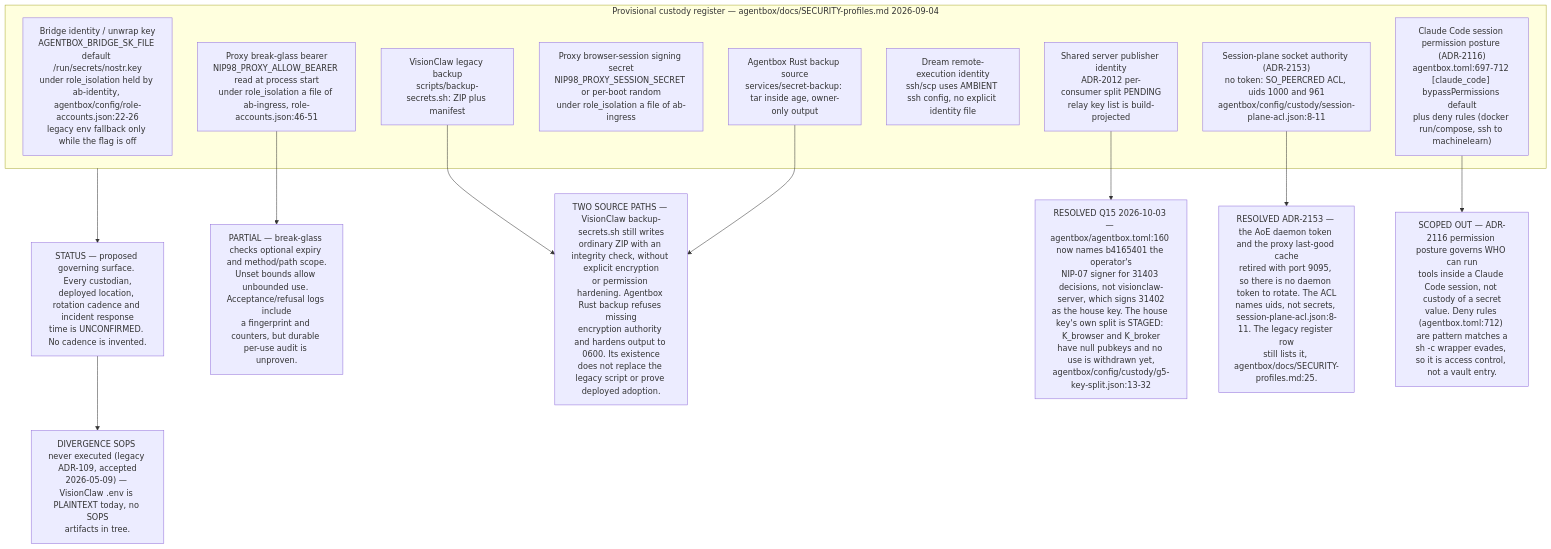
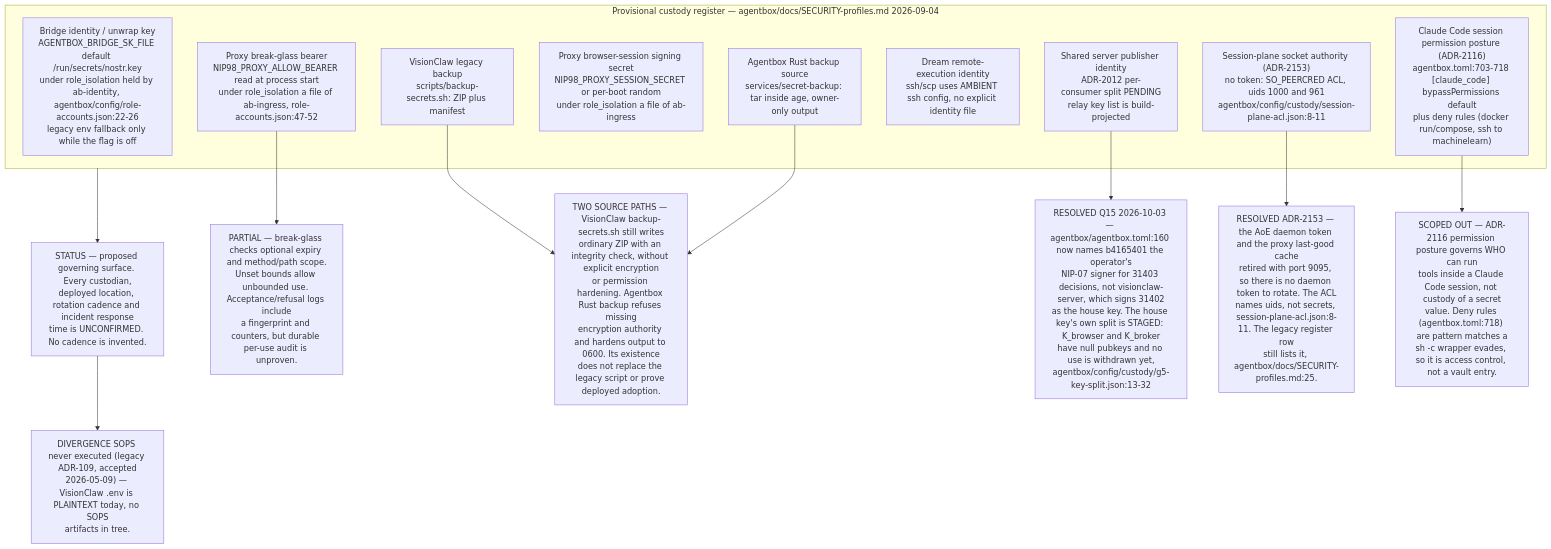
One commit to DreamLab-AI/VisionFlow changed the ninth of 11 diagrams in docs/diagrams/estate/10-deployment-and-security-profiles.md. Above: the diagram before and after it, drawn with Mermaid. The commit also changed other lines of this file and 49 other files, not shown here.

First line of the commit message:
docs(diagrams): re-derive and re-stamp VisionClaw, estate, knowledge-graph, visionGraph, VisionFlow and sidestr topics

````diff
--- a/docs/diagrams/estate/10-deployment-and-security-profiles.md
+++ b/docs/diagrams/estate/10-deployment-and-security-profiles.md
@@ -372,30 +372,30 @@
 ```mermaid
 flowchart TB
     subgraph reg["Provisional custody register — agentbox/docs/SECURITY-profiles.md 2026-09-04"]
         C1["Bridge identity / unwrap key<br/>AGENTBOX_BRIDGE_SK_FILE default /run/secrets/nostr.key<br/>under role_isolation held by ab-identity, agentbox/config/role-accounts.json:22-26<br/>legacy env fallback only while the flag is off"]
         C2["Shared server publisher identity<br/>ADR-2012 per-consumer split PENDING<br/>relay key list is build-projected"]
-        C3["Proxy break-glass bearer<br/>NIP98_PROXY_ALLOW_BEARER read at process start<br/>under role_isolation a file of ab-ingress, role-accounts.json:46-51"]
+        C3["Proxy break-glass bearer<br/>NIP98_PROXY_ALLOW_BEARER read at process start<br/>under role_isolation a file of ab-ingress, role-accounts.json:47-52"]
         C4["Proxy browser-session signing secret<br/>NIP98_PROXY_SESSION_SECRET or per-boot random<br/>under role_isolation a file of ab-ingress"]
         C5["Session-plane socket authority (ADR-2153)<br/>no token: SO_PEERCRED ACL, uids 1000 and 961<br/>agentbox/config/custody/session-plane-acl.json:8-11"]
         C6["Dream remote-execution identity<br/>ssh/scp uses AMBIENT ssh config, no explicit identity file"]
         C7["VisionClaw legacy backup<br/>scripts/backup-secrets.sh: ZIP plus manifest"]
         C8["Agentbox Rust backup source<br/>services/secret-backup: tar inside age, owner-only output"]
-        C9["Claude Code session permission posture (ADR-2116)<br/>agentbox.toml:697-712 [claude_code] bypassPermissions default<br/>plus deny rules (docker run/compose, ssh to machinelearn)"]
+        C9["Claude Code session permission posture (ADR-2116)<br/>agentbox.toml:703-718 [claude_code] bypassPermissions default<br/>plus deny rules (docker run/compose, ssh to machinelearn)"]
     end
     ST["STATUS — proposed governing surface. Every custodian,<br/>deployed location, rotation cadence and incident response<br/>time is UNCONFIRMED. No cadence is invented."]
     D1["PARTIAL — break-glass checks optional expiry and method/path scope.<br/>Unset bounds allow unbounded use. Acceptance/refusal logs include<br/>a fingerprint and counters, but durable per-use audit is unproven."]
     D2["TWO SOURCE PATHS — VisionClaw backup-secrets.sh still writes<br/>ordinary ZIP with an integrity check, without explicit encryption<br/>or permission hardening. Agentbox Rust backup refuses missing<br/>encryption authority and hardens output to 0600. Its existence<br/>does not replace the legacy script or prove deployed adoption."]
     D3["RESOLVED Q15 2026-10-03 — agentbox/agentbox.toml:160 now names b4165401 the operator's<br/>NIP-07 signer for 31403 decisions, not visionclaw-server, which signs 31402<br/>as the house key. The house key's own split is STAGED: K_browser and K_broker<br/>have null pubkeys and no use is withdrawn yet,<br/>agentbox/config/custody/g5-key-split.json:13-32"]
     D4["RESOLVED ADR-2153 — the AoE daemon token and the proxy last-good cache<br/>retired with port 9095, so there is no daemon token to rotate. The ACL<br/>names uids, not secrets, session-plane-acl.json:8-11. The legacy register row<br/>still lists it, agentbox/docs/SECURITY-profiles.md:25."]
     D5["DIVERGENCE SOPS never executed (legacy ADR-109, accepted<br/>2026-05-09) — VisionClaw .env is PLAINTEXT today, no SOPS<br/>artifacts in tree."]
-    D6["SCOPED OUT — ADR-2116 permission posture governs WHO can run<br/>tools inside a Claude Code session, not custody of a secret<br/>value. Deny rules (agentbox.toml:712) are pattern matches a<br/>sh -c wrapper evades, so it is access control, not a vault entry."]
+    D6["SCOPED OUT — ADR-2116 permission posture governs WHO can run<br/>tools inside a Claude Code session, not custody of a secret<br/>value. Deny rules (agentbox.toml:718) are pattern matches a<br/>sh -c wrapper evades, so it is access control, not a vault entry."]
 
     reg --> ST
     C3 --> D1
     C7 --> D2
     C8 --> D2
     C2 --> D3
     C5 --> D4
     ST --> D5
     C9 --> D6
 ```
````
